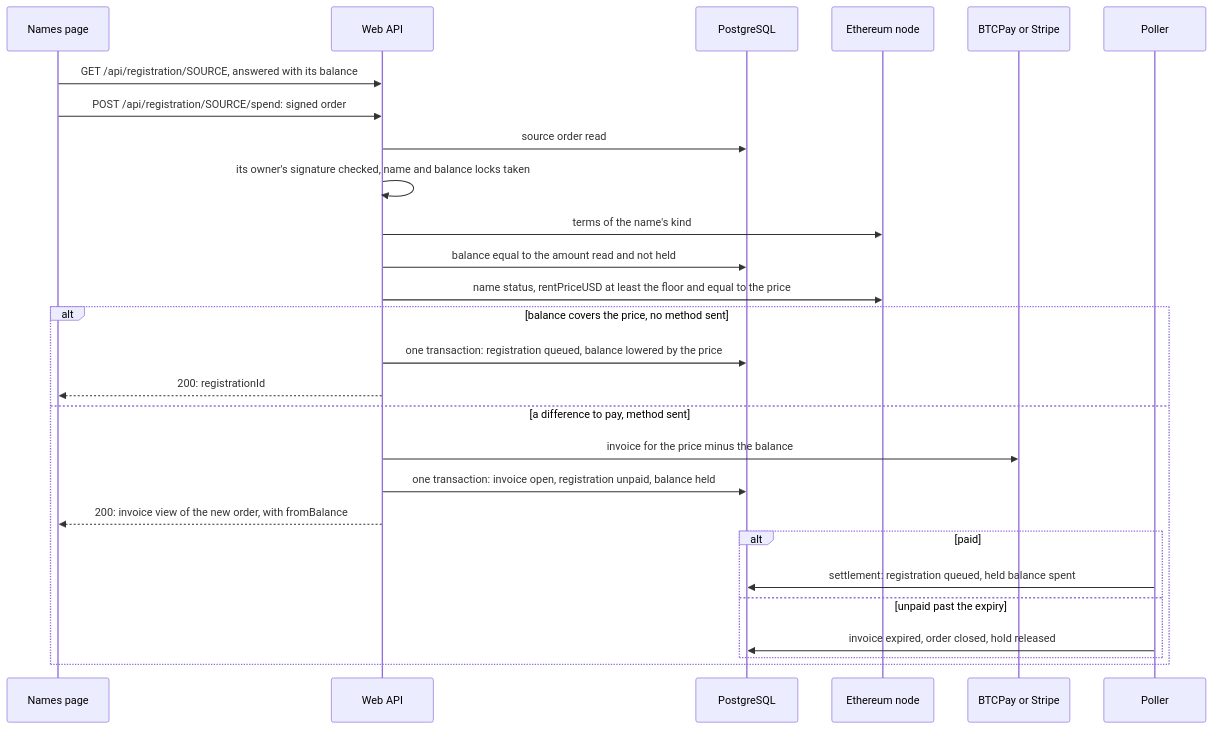
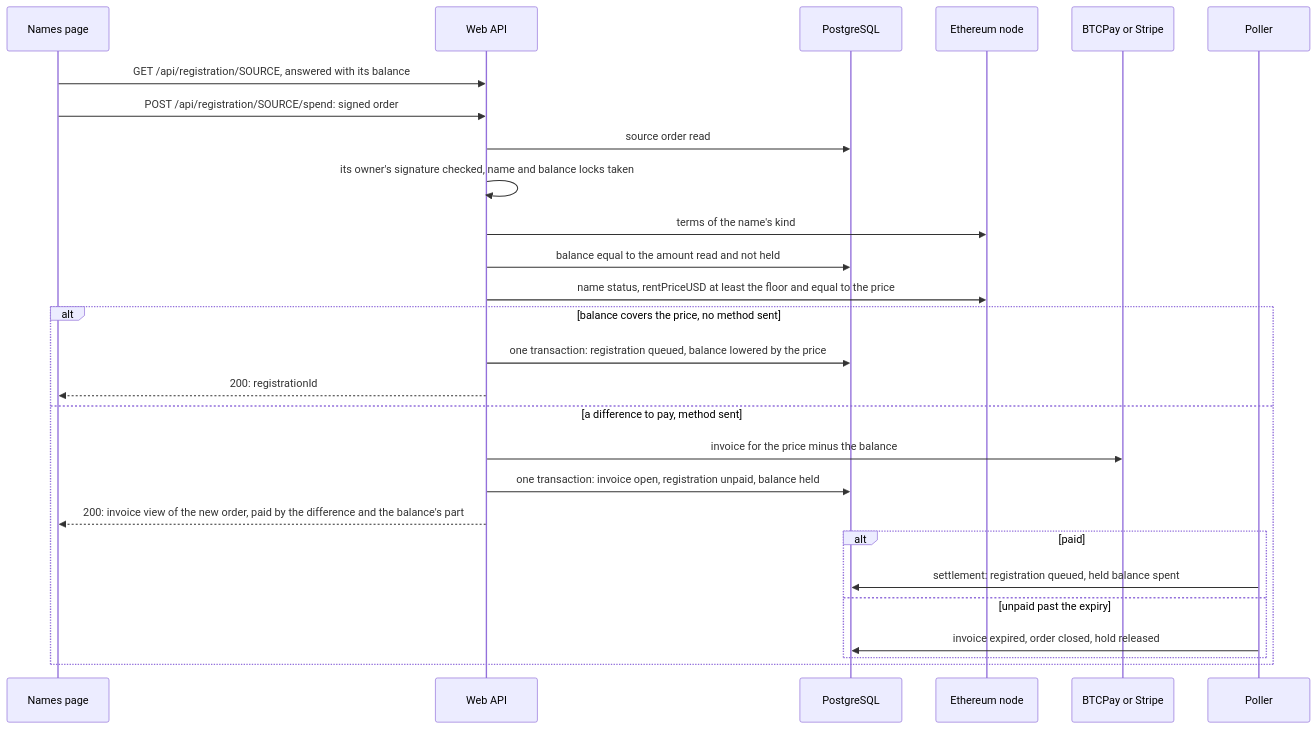
One commit to simplex-chat/simplex-chat changed the ninth of 14 diagrams in apps/simplex-store-service/docs/names.md. Above: the diagram before and after it, drawn with Mermaid. The commit also changed other lines of this file and 13 other files, not shown here.

First line of the commit message:
names: an order's view is the derived JSON of its phase with what each phase holds, how it was paid, the hold on its balance and the terms it signed

````diff
--- a/apps/simplex-store-service/docs/names.md
+++ b/apps/simplex-store-service/docs/names.md
@@ -430,29 +430,29 @@
 ```mermaid
 sequenceDiagram
   participant P as Names page
   participant W as Web API
   participant D as PostgreSQL
   participant E as Ethereum node
   participant V as BTCPay or Stripe
   participant L as Poller
   P->>W: GET /api/registration/SOURCE, answered with its balance
   P->>W: POST /api/registration/SOURCE/spend: signed order
   W->>D: source order read
   W->>W: its owner's signature checked, name and balance locks taken
   W->>E: terms of the name's kind
   W->>D: balance equal to the amount read and not held
   W->>E: name status, rentPriceUSD at least the floor and equal to the price
   alt balance covers the price, no method sent
     W->>D: one transaction: registration queued, balance lowered by the price
     W-->>P: 200: registrationId
   else a difference to pay, method sent
     W->>V: invoice for the price minus the balance
     W->>D: one transaction: invoice open, registration unpaid, balance held
-    W-->>P: 200: invoice view of the new order, with fromBalance
+    W-->>P: 200: invoice view of the new order, paid by the difference and the balance's part
     alt paid
       L->>D: settlement: registration queued, held balance spent
     else unpaid past the expiry
       L->>D: invoice expired, order closed, hold released
     end
   end
 ```
````
